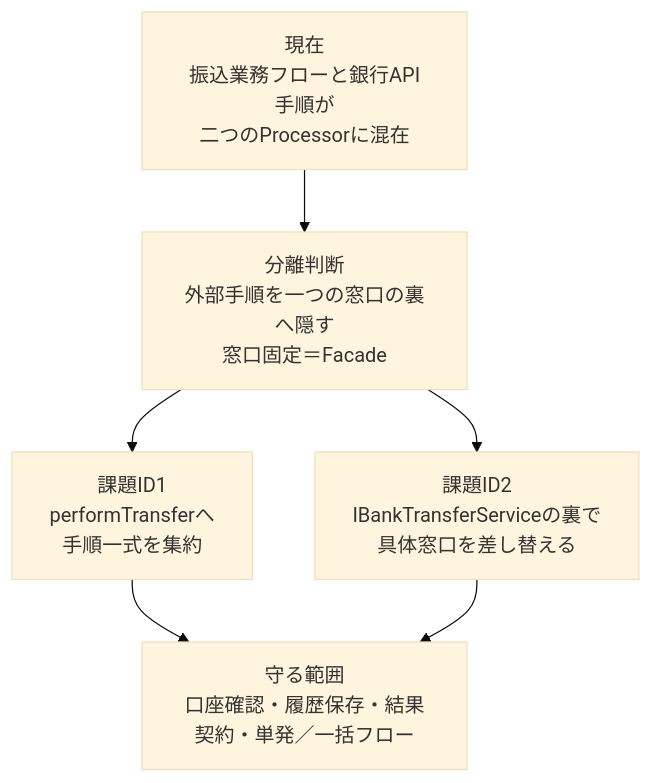
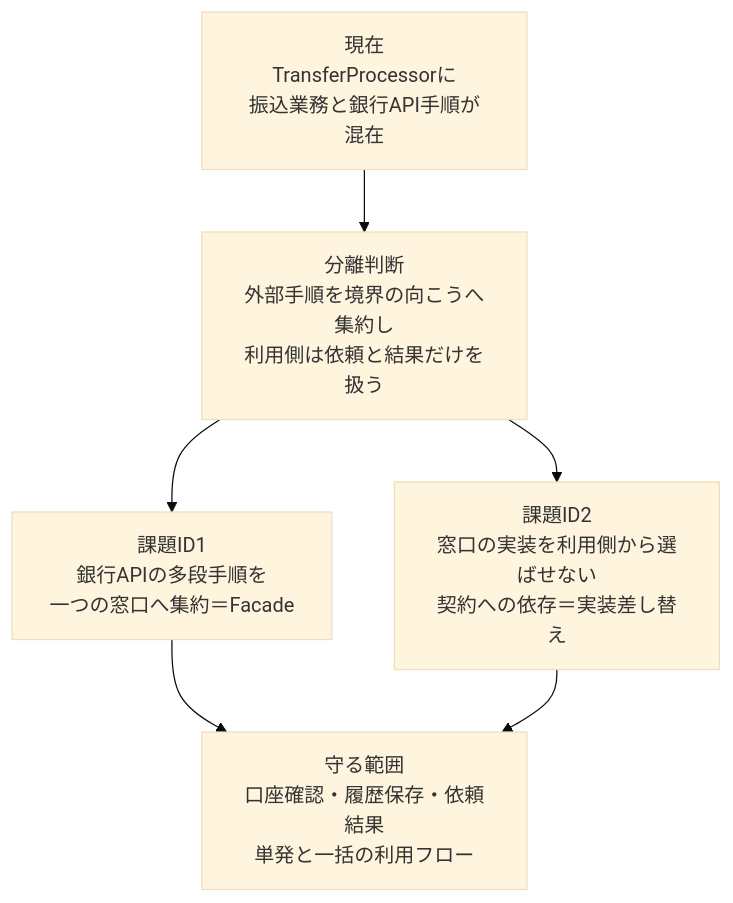
Before and after one commit to kumachan1101-pixel/DesignPattern: the seventh of 17 diagrams in kindle/design-patterns/output/chapter02.md, drawn with Mermaid (base theme). The commit also changed other lines of this file, not shown here.

````diff
--- a/kindle/design-patterns/output/chapter02.md
+++ b/kindle/design-patterns/output/chapter02.md
@@ -1521,8 +1521,8 @@
 ```mermaid
 flowchart TB
-    A[現在<br/>振込業務フローと銀行API手順が<br/>二つのProcessorに混在] --> B[分離判断<br/>外部手順を一つの窓口の裏へ隠す<br/>窓口固定＝Facade]
-    B --> C[課題ID1<br/>performTransferへ<br/>手順一式を集約]
-    B --> D[課題ID2<br/>IBankTransferServiceの裏で<br/>具体窓口を差し替える]
-    C --> E[守る範囲<br/>口座確認・履歴保存・結果契約・単発／一括フロー]
+    A[現在<br/>TransferProcessorに<br/>振込業務と銀行API手順が混在] --> B[分離判断<br/>外部手順を境界の向こうへ集約し<br/>利用側は依頼と結果だけを扱う]
+    B --> C[課題ID1<br/>銀行APIの多段手順を<br/>一つの窓口へ集約＝Facade]
+    B --> D[課題ID2<br/>窓口の実装を利用側から選ばせない<br/>契約への依存＝実装差し替え]
+    C --> E[守る範囲<br/>口座確認・履歴保存・依頼結果<br/>単発と一括の利用フロー]
     D --> E
 ```
````
